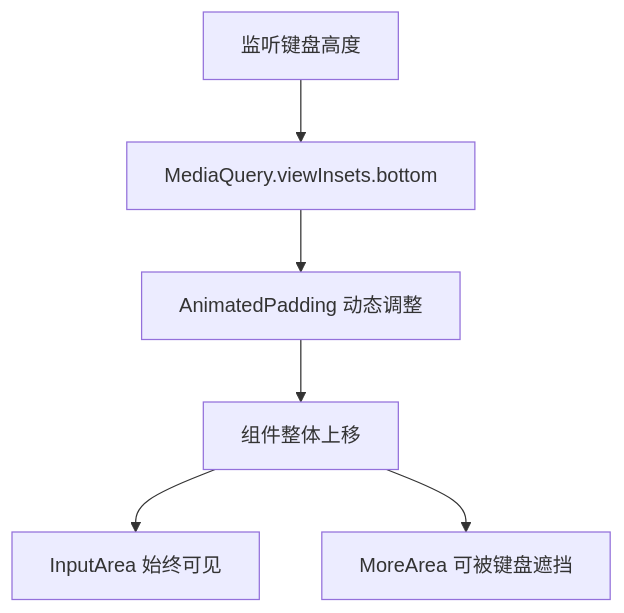
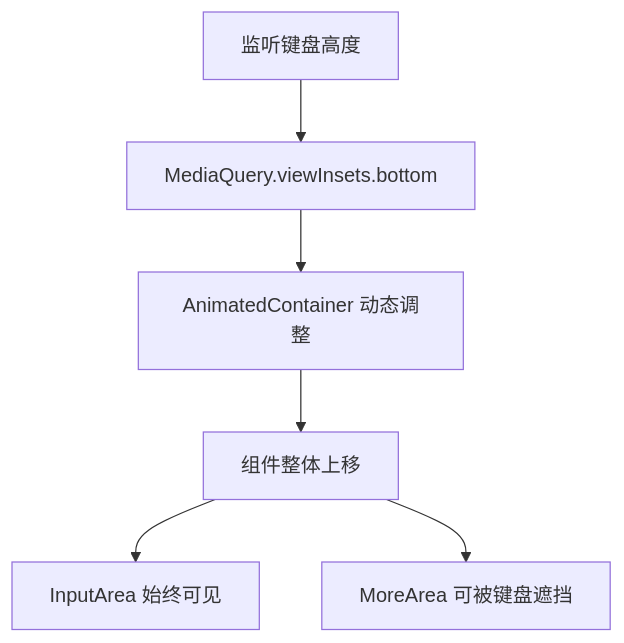
The second of 2 diagrams in flutter_chat_composer_产品设计文档.md (superxabc/flutter_chat_composer), drawn with Mermaid before and after one commit. The commit also changed other lines of this file and 11 other files, not shown here.

````diff
--- a/flutter_chat_composer_产品设计文档.md
+++ b/flutter_chat_composer_产品设计文档.md
@@ -124,8 +125,8 @@
 ```mermaid
 graph TD
     A[监听键盘高度] --> B[MediaQuery.viewInsets.bottom]
-    B --> C[AnimatedPadding 动态调整]
+    B --> C[AnimatedContainer 动态调整]
     C --> D[组件整体上移]
     D --> E[InputArea 始终可见]
     D --> F[MoreArea 可被键盘遮挡]
 ```
````
